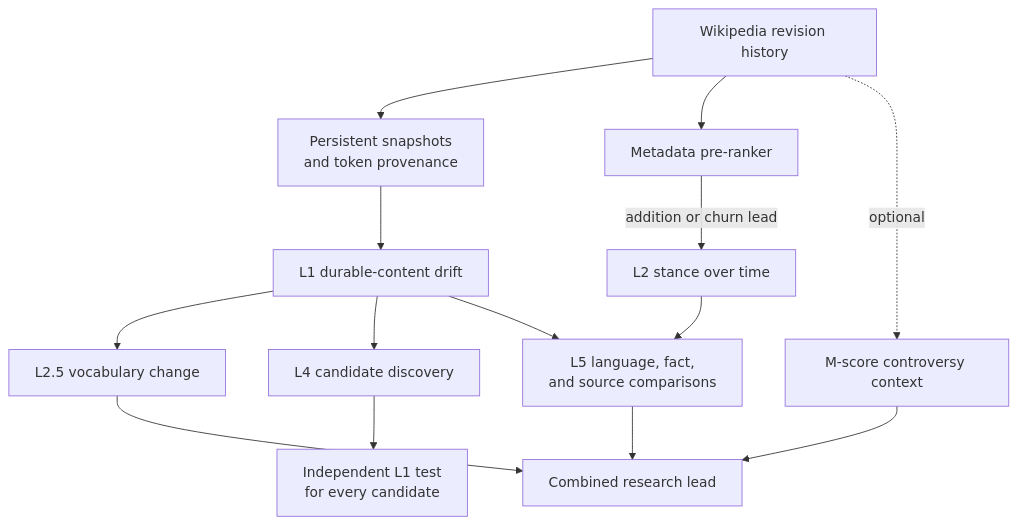
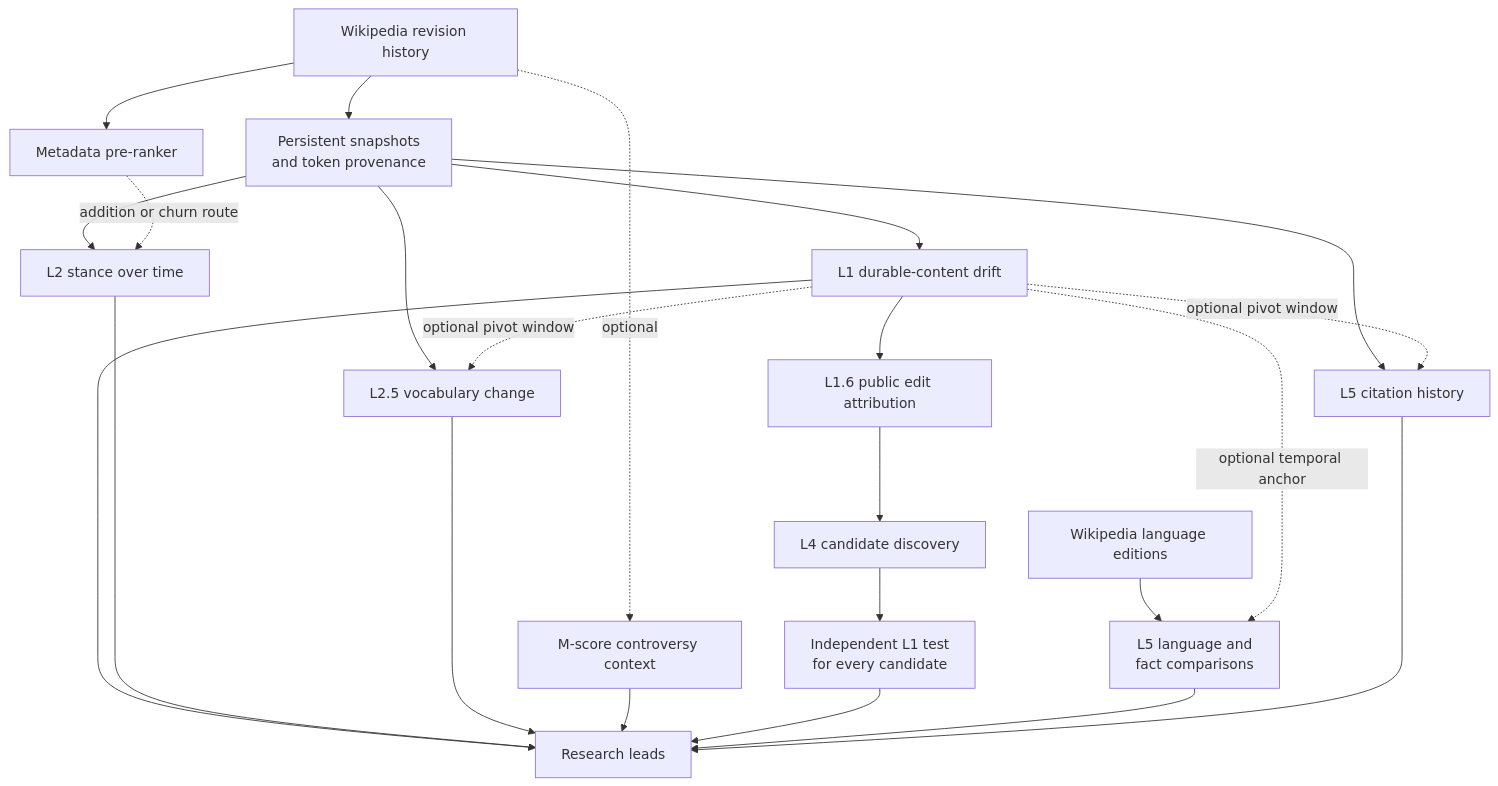
The diagram in viewer/templates/methodology.md (jackreichert/wikidrift), drawn with Mermaid before and after one commit. The commit also changed other lines of this file and 11 other files, not shown here.

````diff
--- a/viewer/templates/methodology.md
+++ b/viewer/templates/methodology.md
@@ -34,18 +34,27 @@
 ```mermaid
 flowchart TD
   accTitle: WikiDrift analysis layers
-  accDescr: Wikipedia revision history feeds persistent snapshots, a metadata router, and controversy context. Persistent snapshots feed the main rewrite detector. Detected changes can be interpreted with stance and vocabulary checks, used to discover other candidates for independent testing, or compared with other languages and citation history. All outputs become research leads.
+  accDescr: Wikipedia revision history feeds persistent snapshots, a metadata router, and optional controversy context. Snapshots feed durable-content, stance, vocabulary, and citation-history checks. Durable-content findings can anchor temporal comparisons and, through public edit attribution, candidate discovery. Other language editions support language and fact comparisons even without a detected rewrite. All outputs become research leads.
   A[Wikipedia revision history] --> B[Persistent snapshots<br/>and token provenance]
   A --> C[Metadata pre-ranker]
   B --> D[L1 durable-content drift]
-  C -->|addition or churn lead| E[L2 stance over time]
-  D --> F[L2.5 vocabulary change]
+  B --> E[L2 stance over time]
+  C -.->|addition or churn route| E
+  B --> F[L2.5 vocabulary change]
+  D -.->|optional pivot window| F
   A -.->|optional| G[M-score controversy context]
-  D --> H[L4 candidate discovery]
+  D --> N[L1.6 public edit attribution]
+  N --> H[L4 candidate discovery]
   H --> I[Independent L1 test<br/>for every candidate]
-  D --> J[L5 language, fact,<br/>and source comparisons]
-  E --> J
-  F --> K[Combined research lead]
+  L[Wikipedia language editions] --> J[L5 language and<br/>fact comparisons]
+  D -.->|optional temporal anchor| J
+  B --> M[L5 citation history]
+  D -.->|optional pivot window| M
+  D --> K[Research leads]
+  E --> K
+  F --> K
   G --> K
+  I --> K
   J --> K
+  M --> K
 ```
````
